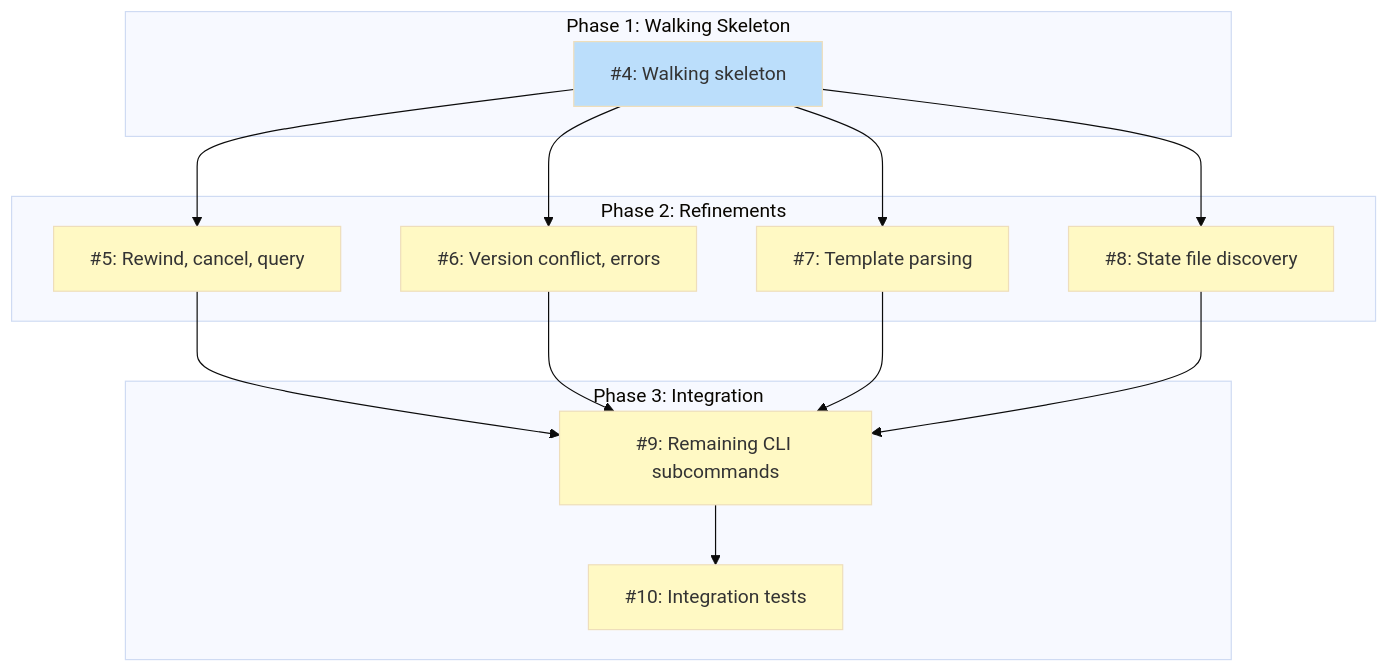
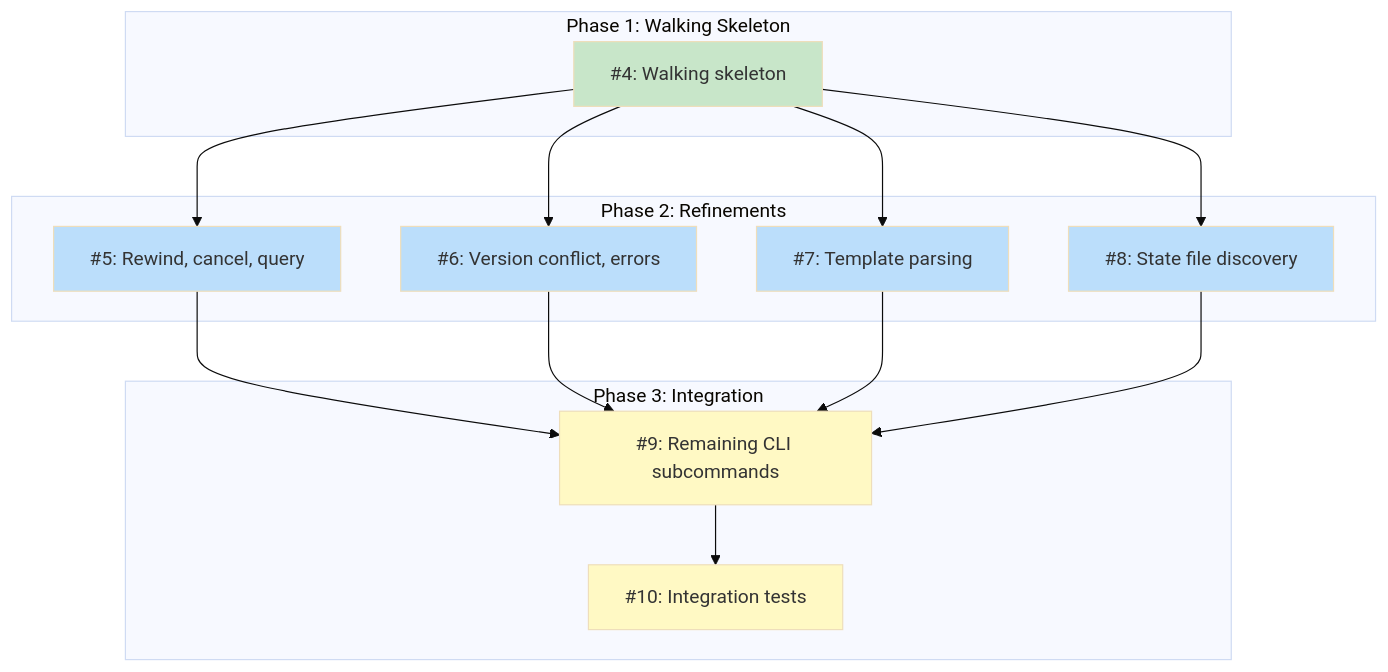
Before and after one commit to tsukumogami/koto: the diagram in docs/designs/DESIGN-koto-engine.md, drawn with Mermaid (base theme). The commit also changed other lines of this file and 1 other file, not shown here.

Commit message:
docs(koto-engine): mark #4 complete, unblock #5-#8

````diff
--- a/docs/designs/DESIGN-koto-engine.md
+++ b/docs/designs/DESIGN-koto-engine.md
@@ -58,38 +58,38 @@
 ```mermaid
 graph TD
     subgraph Phase1["Phase 1: Walking Skeleton"]
         I4["#4: Walking skeleton"]
     end
 
     subgraph Phase2["Phase 2: Refinements"]
         I5["#5: Rewind, cancel, query"]
         I6["#6: Version conflict, errors"]
         I7["#7: Template parsing"]
         I8["#8: State file discovery"]
     end
 
     subgraph Phase3["Phase 3: Integration"]
         I9["#9: Remaining CLI subcommands"]
         I10["#10: Integration tests"]
     end
 
     I4 --> I5
     I4 --> I6
     I4 --> I7
     I4 --> I8
     I5 --> I9
     I6 --> I9
     I7 --> I9
     I8 --> I9
     I9 --> I10
 
     classDef done fill:#c8e6c9
     classDef ready fill:#bbdefb
     classDef blocked fill:#fff9c4
     classDef needsDesign fill:#e1bee7
     classDef tracksDesign fill:#FFE0B2,stroke:#F57C00,color:#000
 
-    class I4 ready
-    class I5,I6,I7,I8 blocked
+    class I4 done
+    class I5,I6,I7,I8 ready
     class I9,I10 blocked
 ```
````
